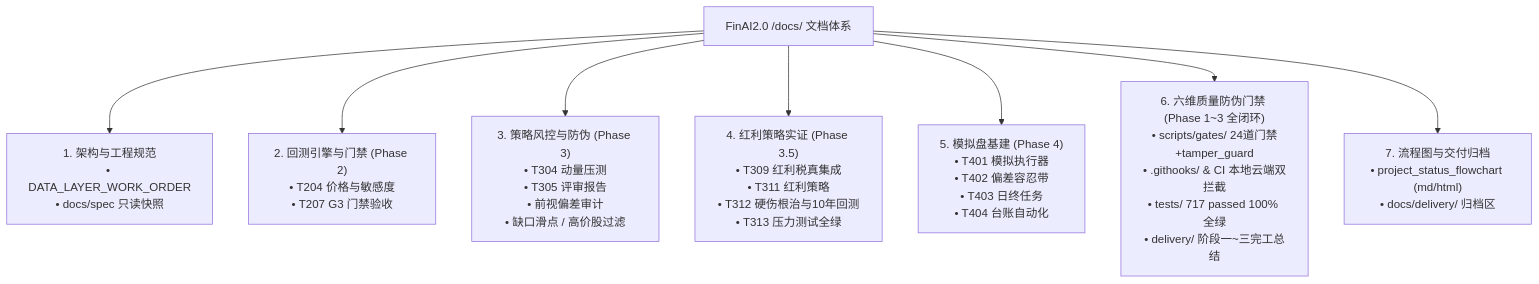
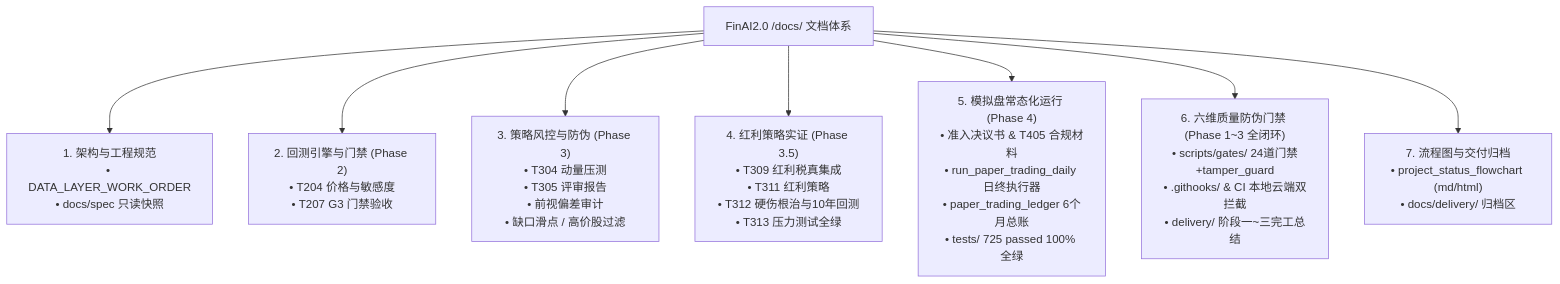
One commit to YZml1507/FinAI2.0 changed the diagram in docs/README.md. Above: the diagram before and after it, drawn with Mermaid. The commit also changed other lines of this file and 18 other files, not shown here.

Commit message:
feat(phase4): 模拟盘准入启动、T405合规报备核验全绿与端到端日终执行器落地 (725 passed)

````diff
--- a/docs/README.md
+++ b/docs/README.md
@@ -11,12 +11,12 @@
 ```mermaid
 flowchart TD
   DOCS["FinAI2.0 /docs/ 文档体系"]
   
   DOCS --> D1["1. 架构与工程规范<br/>• DATA_LAYER_WORK_ORDER<br/>• docs/spec 只读快照"]
   DOCS --> D2["2. 回测引擎与门禁 (Phase 2)<br/>• T204 价格与敏感度<br/>• T207 G3 门禁验收"]
   DOCS --> D3["3. 策略风控与防伪 (Phase 3)<br/>• T304 动量压测<br/>• T305 评审报告<br/>• 前视偏差审计<br/>• 缺口滑点 / 高价股过滤"]
   DOCS --> D4["4. 红利策略实证 (Phase 3.5)<br/>• T309 红利税真集成<br/>• T311 红利策略<br/>• T312 硬伤根治与10年回测<br/>• T313 压力测试全绿"]
-  DOCS --> D5["5. 模拟盘基建 (Phase 4)<br/>• T401 模拟执行器<br/>• T402 偏差容忍带<br/>• T403 日终任务<br/>• T404 台账自动化"]
-  DOCS --> D6["6. 六维质量防伪门禁 (Phase 1~3 全闭环)<br/>• scripts/gates/ 24道门禁+tamper_guard<br/>• .githooks/ & CI 本地云端双拦截<br/>• tests/ 717 passed 100% 全绿<br/>• delivery/ 阶段一~三完工总结"]
+  DOCS --> D5["5. 模拟盘常态化运行 (Phase 4)<br/>• 准入决议书 & T405 合规材料<br/>• run_paper_trading_daily 日终执行器<br/>• paper_trading_ledger 6个月总账<br/>• tests/ 725 passed 100% 全绿"]
+  DOCS --> D6["6. 六维质量防伪门禁 (Phase 1~3 全闭环)<br/>• scripts/gates/ 24道门禁+tamper_guard<br/>• .githooks/ & CI 本地云端双拦截<br/>• delivery/ 阶段一~三完工总结"]
   DOCS --> D7["7. 流程图与交付归档<br/>• project_status_flowchart (md/html)<br/>• docs/delivery/ 归档区"]
 ```
````
